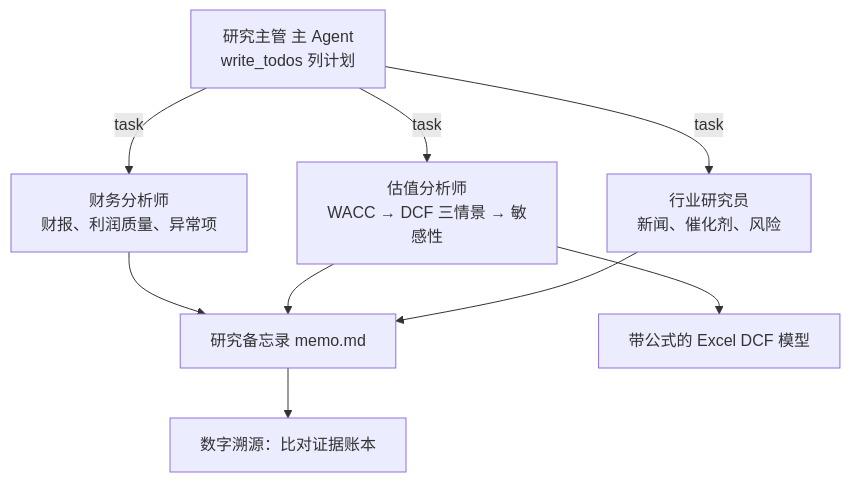
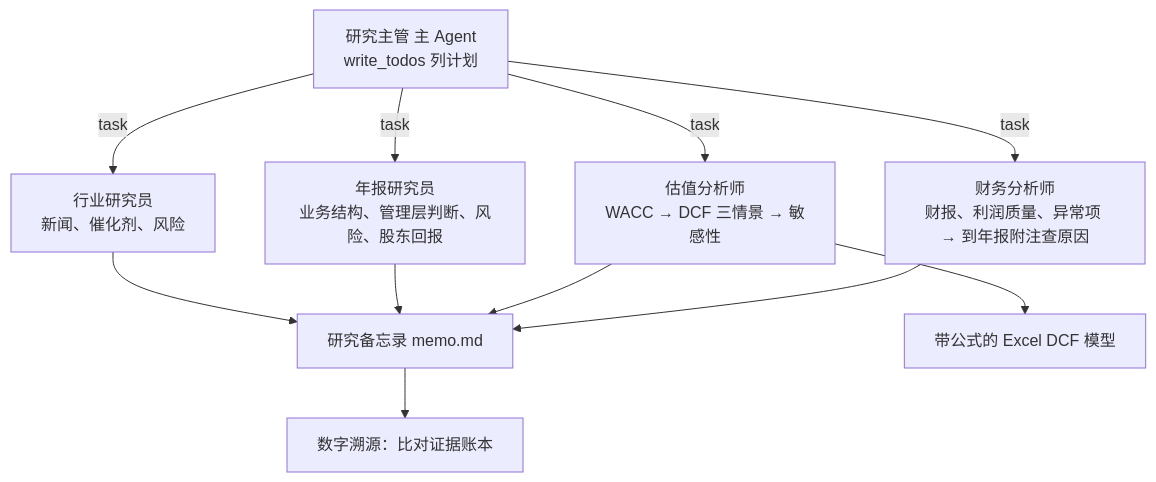
One commit to zechen981013/cyron-veritas changed the third of 3 diagrams in README.md. Above: the diagram before and after it, drawn with Mermaid. The commit also changed other lines of this file and 35 other files, not shown here.

````diff
--- a/README.md
+++ b/README.md
@@ -44,9 +75,10 @@
 ```mermaid
 flowchart TB
-    L[研究主管 主 Agent<br/>write_todos 列计划] -->|task| FA[财务分析师<br/>财报、利润质量、异常项]
+    L[研究主管 主 Agent<br/>write_todos 列计划] -->|task| FA[财务分析师<br/>财报、利润质量、异常项 → 到年报附注查原因]
     L -->|task| VA[估值分析师<br/>WACC → DCF 三情景 → 敏感性]
+    L -->|task| FL[年报研究员<br/>业务结构、管理层判断、风险、股东回报]
     L -->|task| IR[行业研究员<br/>新闻、催化剂、风险]
-    FA & VA & IR --> M[研究备忘录 memo.md]
+    FA & VA & FL & IR --> M[研究备忘录 memo.md]
     M --> T[数字溯源：比对证据账本]
     VA --> X[带公式的 Excel DCF 模型]
 ```
````
